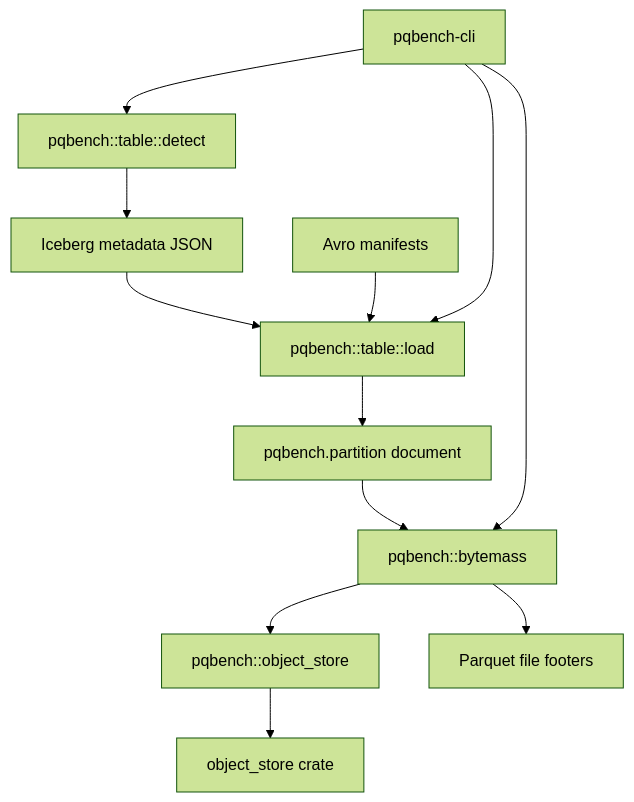
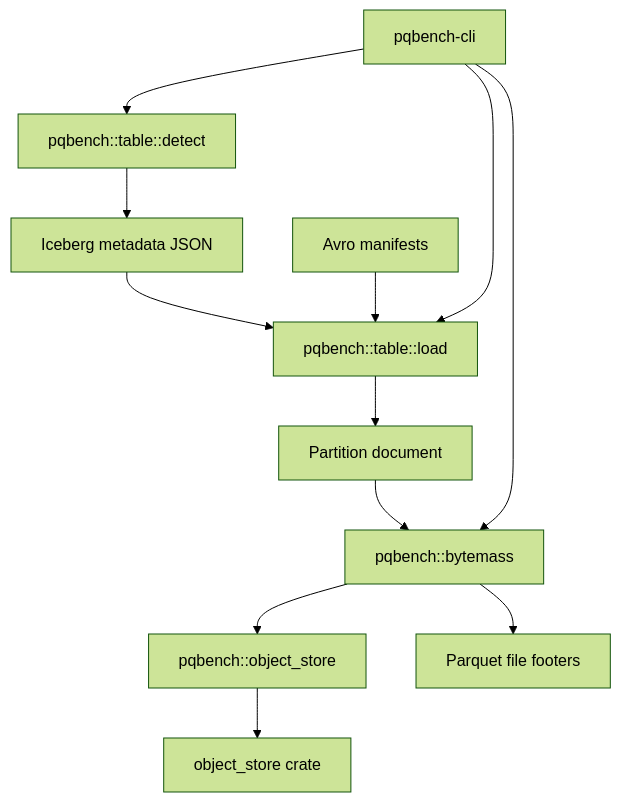
The diagram in docs/iceberg.md (pqbench/pqbench), drawn with Mermaid (forest theme) before and after one commit. The commit also changed other lines of this file and 63 other files, not shown here.

````diff
--- a/docs/iceberg.md
+++ b/docs/iceberg.md
@@ -9,14 +9,14 @@
 ```mermaid
 flowchart TD
     detect[pqbench::table::detect] --> metadata[Iceberg metadata JSON]
     metadata --> load[pqbench::table::load]
     manifests[Avro manifests] --> load
-    load --> document[pqbench.partition document]
+    load --> document[Partition document]
     document --> bytemass[pqbench::bytemass]
     bytemass --> isolation[pqbench::object_store]
     isolation --> object_store[object_store crate]
     bytemass --> parquet[Parquet file footers]
     pqbench_cli[pqbench-cli] --> detect
     pqbench_cli --> load
     pqbench_cli --> bytemass
 ```
````
